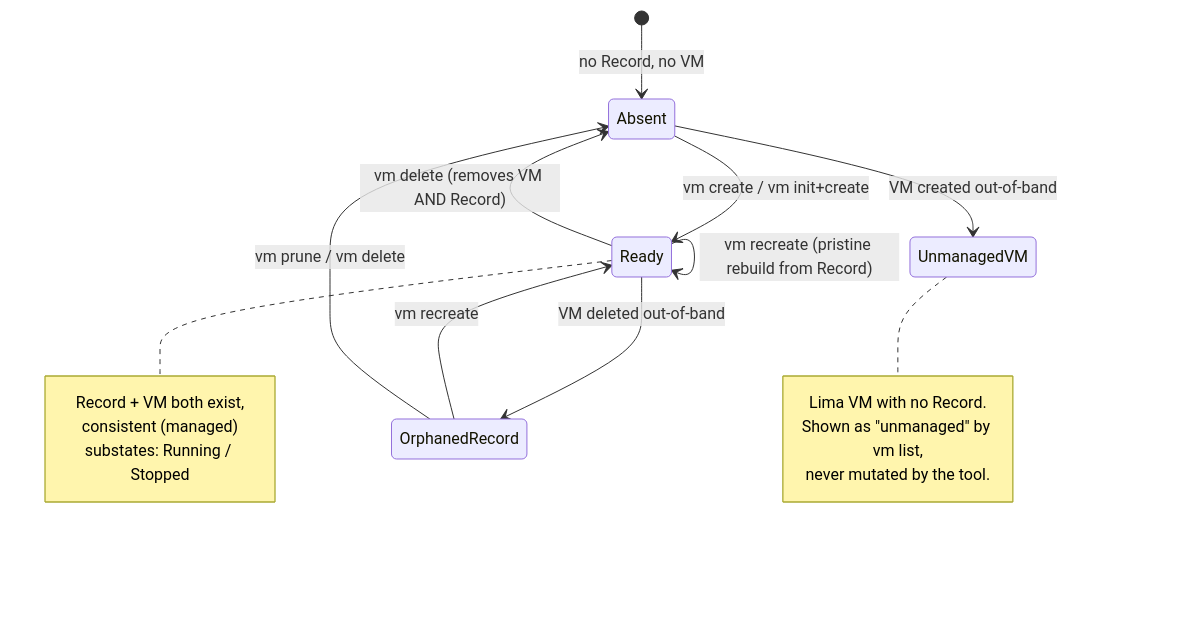
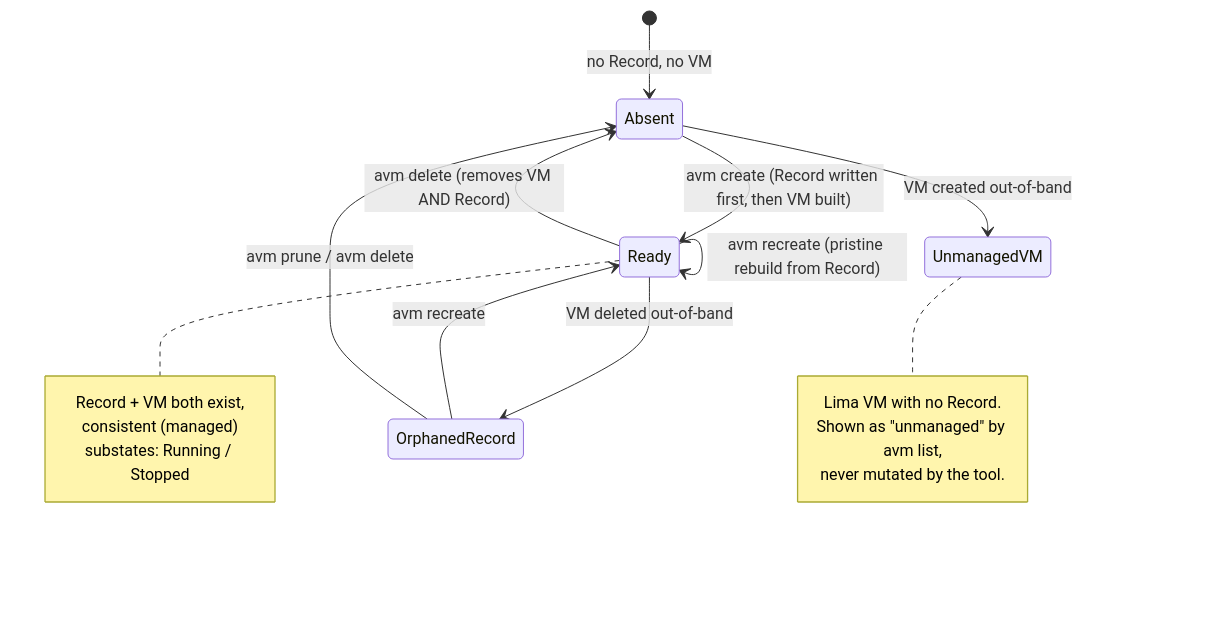
Before and after one commit to MikD1/agent-vm: the fifth of 6 diagrams in docs/architecture.md, drawn with Mermaid. The commit also changed other lines of this file, not shown here.

Commit message:
docs(architecture): sync with implemented design (names, Record-first, prune, no workspace in Spec, embed layout)

````diff
--- a/docs/architecture.md
+++ b/docs/architecture.md
@@ -247,26 +249,26 @@
 ```mermaid
 stateDiagram-v2
     [*] --> Absent: no Record, no VM
 
-    Absent --> Ready: vm create / vm init+create
+    Absent --> Ready: avm create (Record written first, then VM built)
     note right of Ready
         Record + VM both exist,
         consistent (managed)
         substates: Running / Stopped
     end note
 
     Ready --> Ready: start / stop / restart / shell
-    Ready --> Absent: vm delete (removes VM AND Record)
-    Ready --> Ready: vm recreate (pristine rebuild from Record)
+    Ready --> Absent: avm delete (removes VM AND Record)
+    Ready --> Ready: avm recreate (pristine rebuild from Record)
 
     Ready --> OrphanedRecord: VM deleted out-of-band
-    OrphanedRecord --> Ready: vm recreate
-    OrphanedRecord --> Absent: vm prune / vm delete
+    OrphanedRecord --> Ready: avm recreate
+    OrphanedRecord --> Absent: avm prune / avm delete
 
     Absent --> UnmanagedVM: VM created out-of-band
     note right of UnmanagedVM
         Lima VM with no Record.
-        Shown as "unmanaged" by vm list,
+        Shown as "unmanaged" by avm list,
         never mutated by the tool.
     end note
 ```
````
